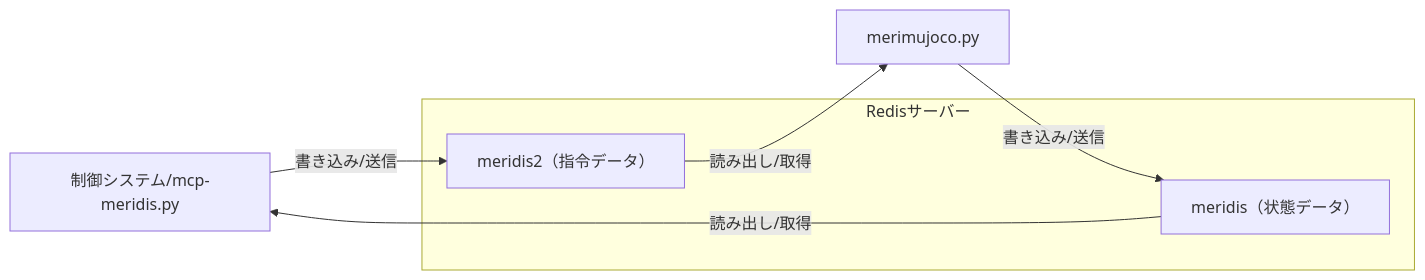
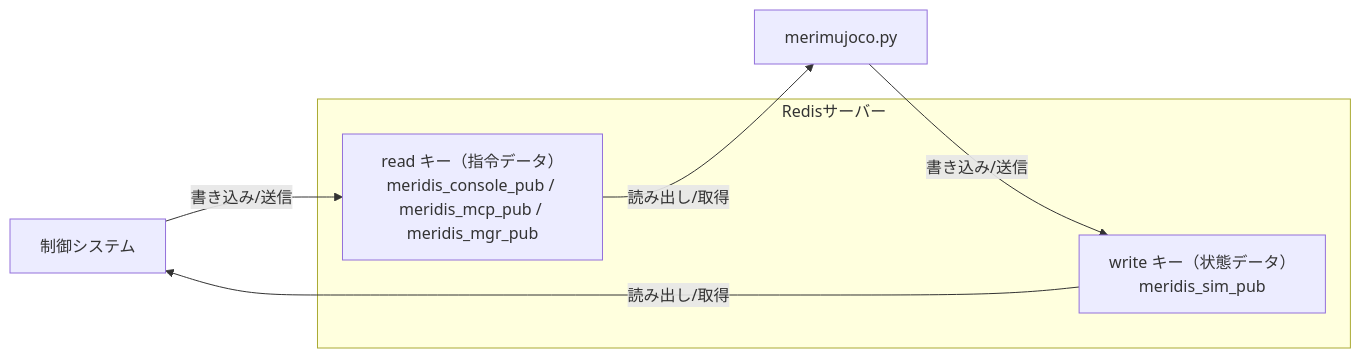
One commit to holypong/merimujoco changed the diagram in README.md. Above: the diagram before and after it, drawn with Mermaid. The commit also changed other lines of this file and 1 other file, not shown here.

````diff
--- a/README.md
+++ b/README.md
@@ -72,13 +112,13 @@
 ```mermaid
 flowchart LR
-  Controller[制御システム/mcp-meridis.py]
+  Controller[制御システム]
   Simulation[merimujoco.py]
   subgraph Redisサーバー
-    Meridis2["meridis2（指令データ）"]
-    Meridis["meridis（状態データ）"]
+    ReadKey["read キー（指令データ）<br/>meridis_console_pub / meridis_mcp_pub / meridis_mgr_pub"]
+    WriteKey["write キー（状態データ）<br/>meridis_sim_pub"]
   end
-  Controller -- 書き込み/送信 --> Meridis2
-  Meridis2 -- 読み出し/取得 --> Simulation
-  Simulation -- 書き込み/送信 --> Meridis
-  Meridis -- 読み出し/取得 --> Controller
+  Controller -- 書き込み/送信 --> ReadKey
+  ReadKey -- 読み出し/取得 --> Simulation
+  Simulation -- 書き込み/送信 --> WriteKey
+  WriteKey -- 読み出し/取得 --> Controller
 ```
````
